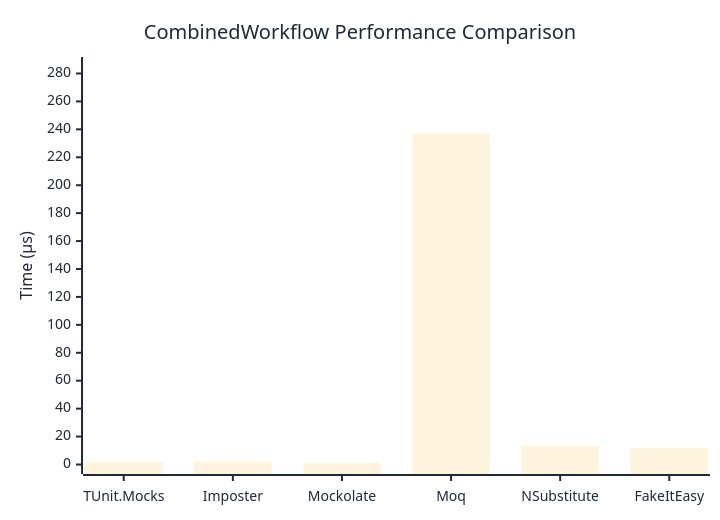
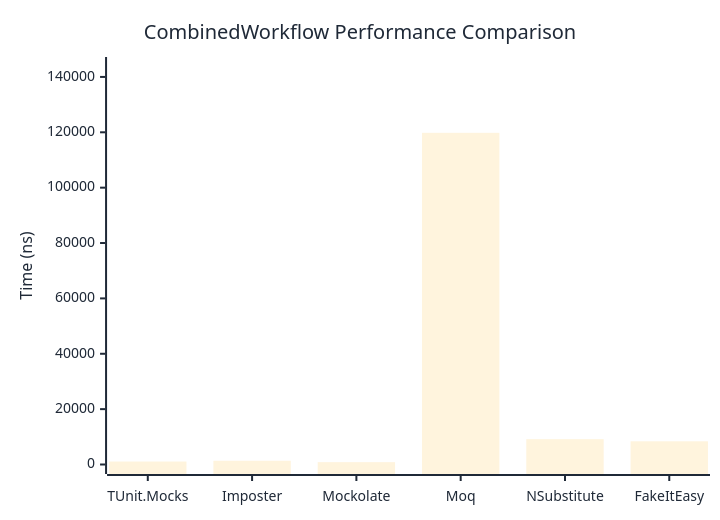
Before and after one commit to thomhurst/TUnit: the diagram in docs/docs/benchmarks/mocks/CombinedWorkflow.md, drawn with Mermaid. The commit also changed other lines of this file and 14 other files, not shown here.

````diff
--- a/docs/docs/benchmarks/mocks/CombinedWorkflow.md
+++ b/docs/docs/benchmarks/mocks/CombinedWorkflow.md
@@ -30,27 +30,27 @@
 ```mermaid
 %%{init: {
   'theme':'base',
   'themeVariables': {
     'primaryColor': '#2563eb',
     'primaryTextColor': '#1f2937',
     'primaryBorderColor': '#1e40af',
     'lineColor': '#6b7280',
     'secondaryColor': '#7c3aed',
     'tertiaryColor': '#dc2626',
     'background': '#ffffff',
     'pie1': '#2563eb',
     'pie2': '#7c3aed',
     'pie3': '#dc2626',
     'pie4': '#f59e0b',
     'pie5': '#10b981',
     'pie6': '#06b6d4',
     'pie7': '#ec4899',
     'pie8': '#6366f1'
   }
 }}%%
 xychart-beta
   title "CombinedWorkflow Performance Comparison"
   x-axis ["TUnit.Mocks", "Imposter", "Mockolate", "Moq", "NSubstitute", "FakeItEasy"]
-  y-axis "Time (μs)" 0 --> 285
-  bar [1.496, 1.959, 1.223, 237.14, 13.304, 12.043]
+  y-axis "Time (ns)" 0 --> 143767
+  bar [1073.7, 1354.8, 845.4, 119805.6, 9149.2, 8378.2]
 ```
````
